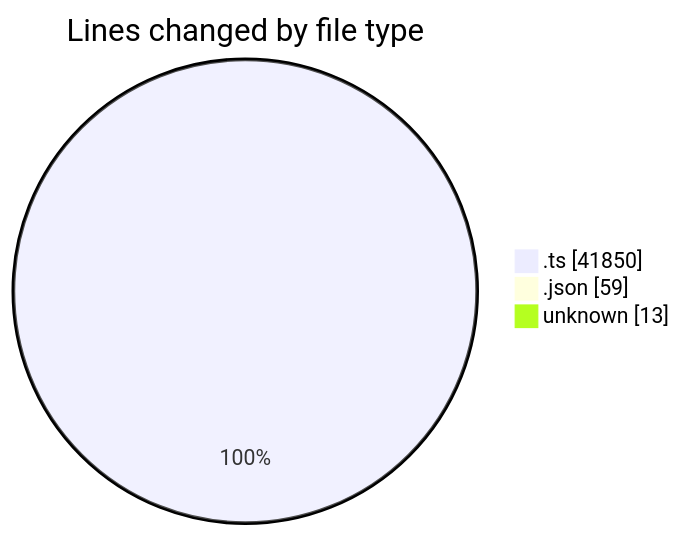
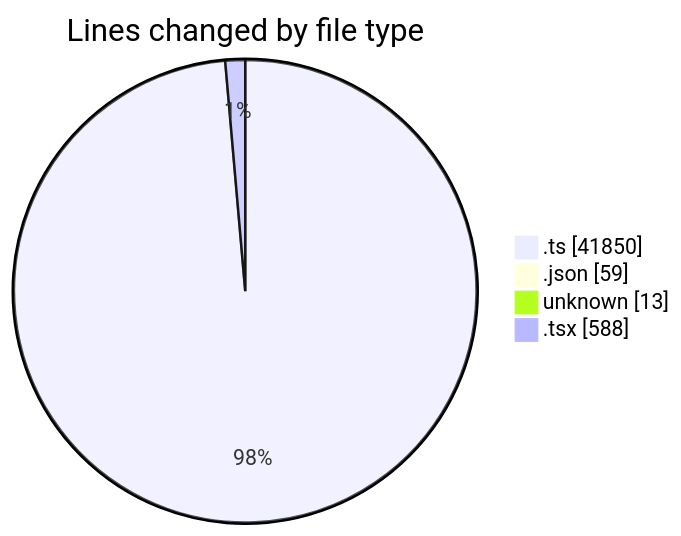
One commit to momahboobian/code-tracking changed the first of 2 diagrams in 2025-09-09/cda/README.md. Above: the diagram before and after it, drawn with Mermaid. The commit also changed other lines of this file and 1 other file, not shown here.

````diff
--- a/2025-09-09/cda/README.md
+++ b/2025-09-09/cda/README.md
@@ -117,7 +118,8 @@
 ```mermaid
 pie showData
 title Lines changed by file type
 ".ts" : 41850
 ".json" : 59
 "unknown" : 13
+".tsx" : 588
 ```
````
